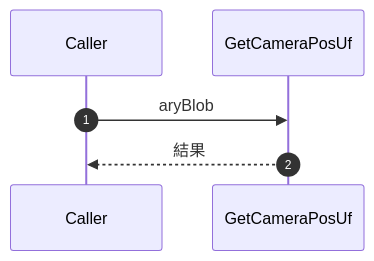
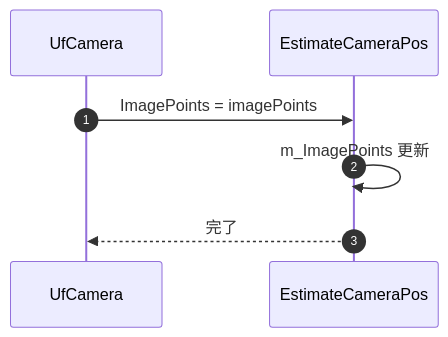
Before and after one commit to HottaTakayuki/ColorAlignmentSoftware: the second of 6 diagrams in docs/UfCamera_詳細設計書/08_メソッド仕様/08-6_EstimateCameraPos連携メンバ.md, drawn with Mermaid. The commit also changed other lines of this file and 13 other files, not shown here.

````diff
--- a/docs/UfCamera_詳細設計書/08_メソッド仕様/08-6_EstimateCameraPos連携メンバ.md
+++ b/docs/UfCamera_詳細設計書/08_メソッド仕様/08-6_EstimateCameraPos連携メンバ.md
@@ -54,8 +117,10 @@
 ```mermaid
 sequenceDiagram
-	autonumber
-	participant CALLER as Caller
-	participant UF as GetCameraPosUf
-	CALLER->>UF: aryBlob
-	UF-->>CALLER: 結果
+    autonumber
+    participant CALLER as UfCamera
+    participant E as EstimateCameraPos
+
+    CALLER->>E: ImagePoints = imagePoints
+    E->>E: m_ImagePoints 更新
+    E-->>CALLER: 完了
 ```
````
